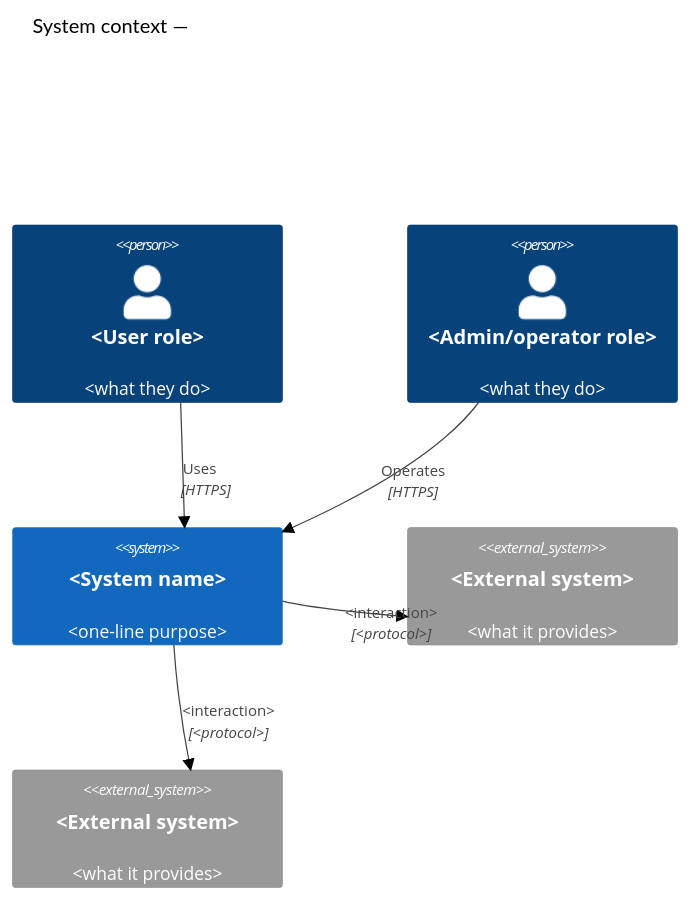
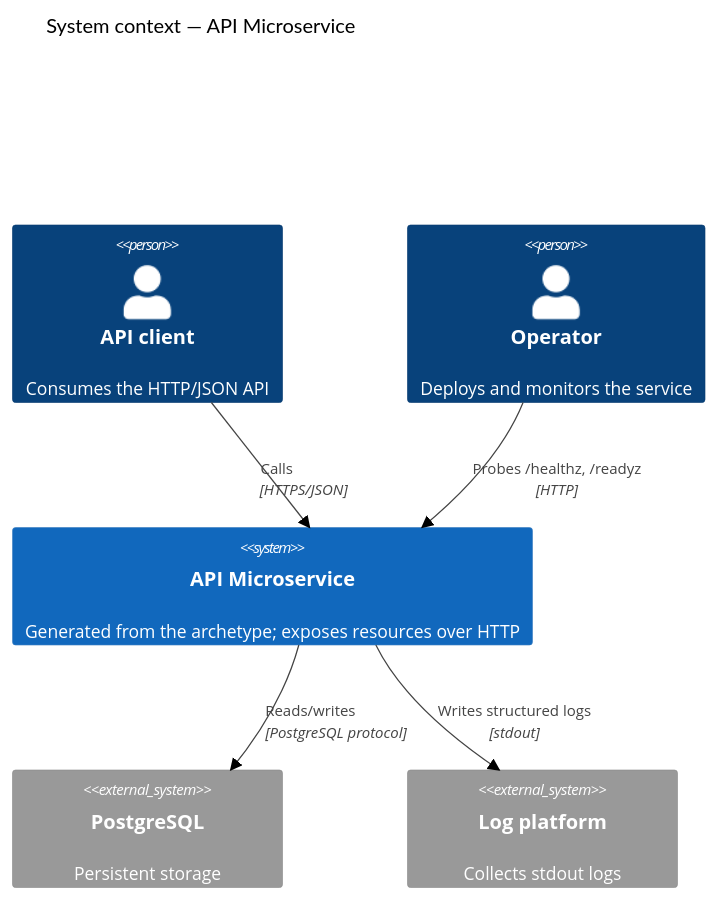
The diagram in docs/architecture/c4-context.md (vladeParica/api-microservice-go-archetype), drawn with Mermaid (forest theme) before and after one commit. The commit also changed other lines of this file and 5 other files, not shown here.

Commit message:
docs(design): add architecture, c4 diagrams, threat model and api contracts

````diff
--- a/docs/architecture/c4-context.md
+++ b/docs/architecture/c4-context.md
@@ -5,17 +5,17 @@
 ```mermaid
 C4Context
-    title System context — <System name>
+    title System context — API Microservice
 
-    Person(user, "<User role>", "<what they do>")
-    Person(admin, "<Admin/operator role>", "<what they do>")
+    Person(client, "API client", "Consumes the HTTP/JSON API")
+    Person(operator, "Operator", "Deploys and monitors the service")
 
-    System(sys, "<System name>", "<one-line purpose>")
+    System(api, "API Microservice", "Generated from the archetype; exposes resources over HTTP")
 
-    System_Ext(ext1, "<External system>", "<what it provides>")
-    System_Ext(ext2, "<External system>", "<what it provides>")
+    System_Ext(db, "PostgreSQL", "Persistent storage")
+    System_Ext(logs, "Log platform", "Collects stdout logs")
 
-    Rel(user, sys, "Uses", "HTTPS")
-    Rel(admin, sys, "Operates", "HTTPS")
-    Rel(sys, ext1, "<interaction>", "<protocol>")
-    Rel(sys, ext2, "<interaction>", "<protocol>")
+    Rel(client, api, "Calls", "HTTPS/JSON")
+    Rel(operator, api, "Probes /healthz, /readyz", "HTTP")
+    Rel(api, db, "Reads/writes", "PostgreSQL protocol")
+    Rel(api, logs, "Writes structured logs", "stdout")
 ```
````
